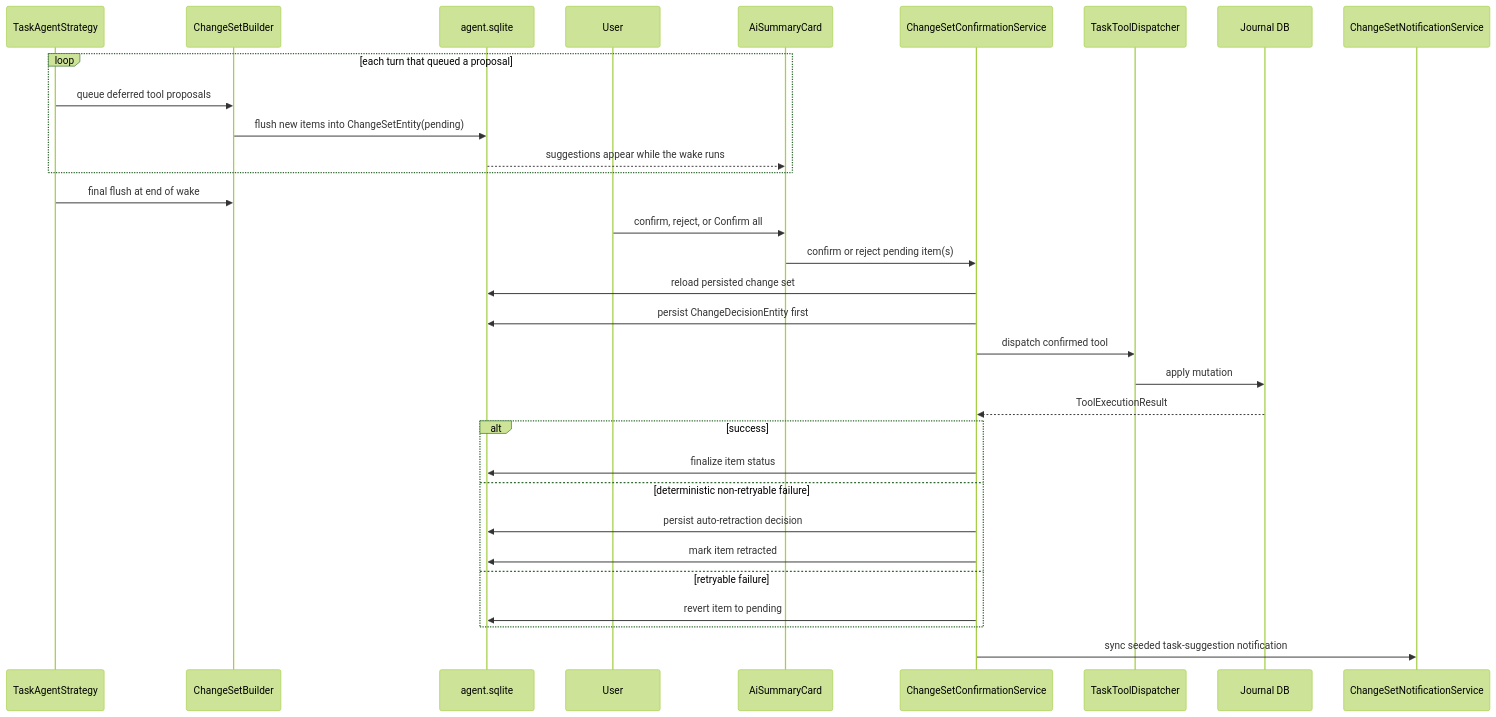
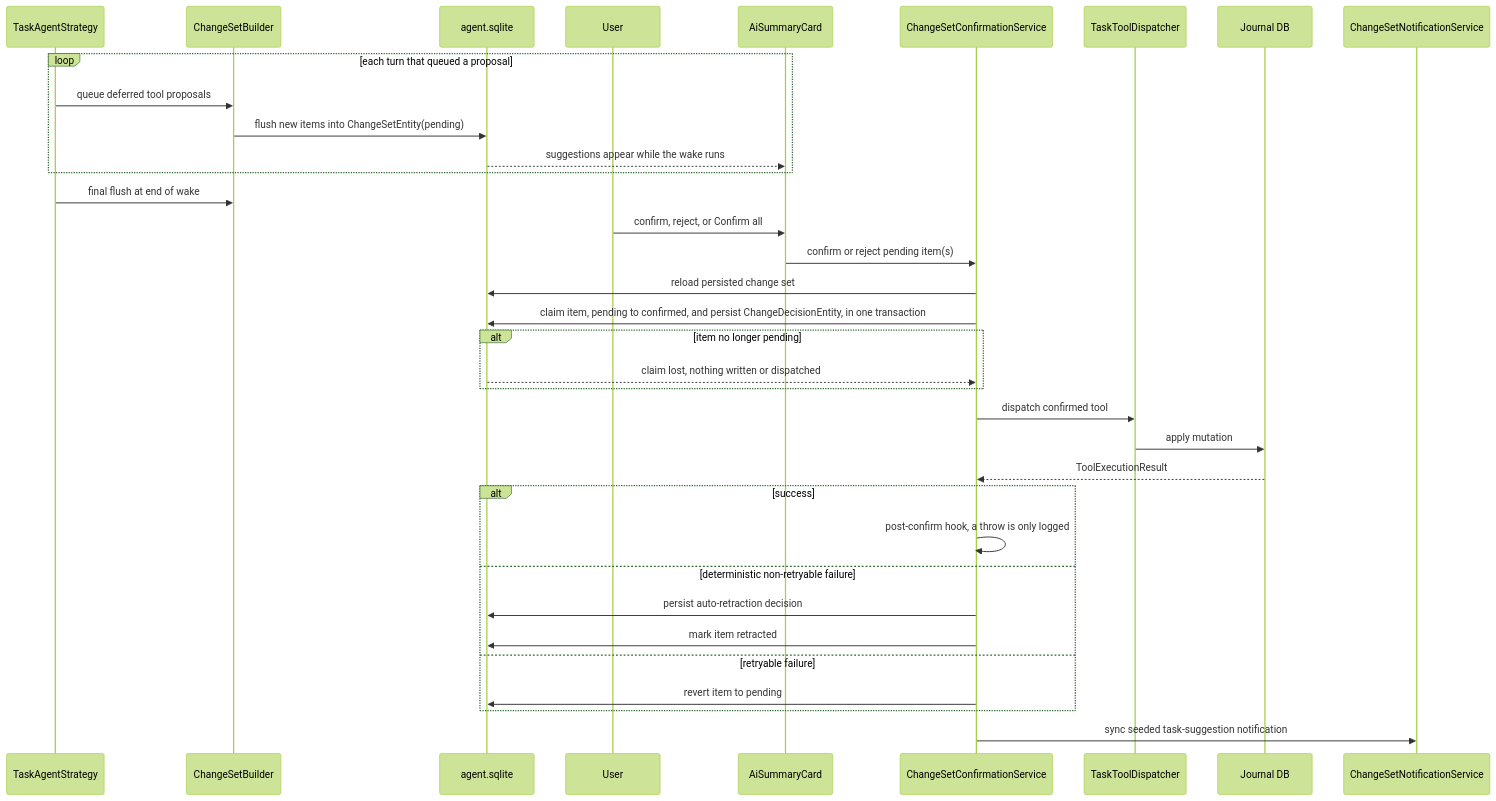
Before and after one commit to matthiasn/lotti: the seventh of 9 diagrams in knowledge/features/agents/task-agents.md, drawn with Mermaid (forest theme). The commit also changed other lines of this file and 30 other files, not shown here.

````diff
--- a/knowledge/features/agents/task-agents.md
+++ b/knowledge/features/agents/task-agents.md
@@ -934,35 +934,38 @@
 ```mermaid
 sequenceDiagram
   participant Agent as TaskAgentStrategy
   participant Builder as ChangeSetBuilder
   participant Store as agent.sqlite
   participant User as User
   participant Card as AiSummaryCard
   participant Confirm as ChangeSetConfirmationService
   participant Dispatch as TaskToolDispatcher
   participant Journal as Journal DB
   participant Inbox as ChangeSetNotificationService
 
   loop each turn that queued a proposal
     Agent->>Builder: queue deferred tool proposals
     Builder->>Store: flush new items into ChangeSetEntity(pending)
     Store-->>Card: suggestions appear while the wake runs
   end
   Agent->>Builder: final flush at end of wake
   User->>Card: confirm, reject, or Confirm all
   Card->>Confirm: confirm or reject pending item(s)
   Confirm->>Store: reload persisted change set
-  Confirm->>Store: persist ChangeDecisionEntity first
+  Confirm->>Store: claim item, pending to confirmed, and persist ChangeDecisionEntity, in one transaction
+  alt item no longer pending
+    Store-->>Confirm: claim lost, nothing written or dispatched
+  end
   Confirm->>Dispatch: dispatch confirmed tool
   Dispatch->>Journal: apply mutation
   Journal-->>Confirm: ToolExecutionResult
   alt success
-    Confirm->>Store: finalize item status
+    Confirm->>Confirm: post-confirm hook, a throw is only logged
   else deterministic non-retryable failure
     Confirm->>Store: persist auto-retraction decision
     Confirm->>Store: mark item retracted
   else retryable failure
     Confirm->>Store: revert item to pending
   end
   Confirm->>Inbox: sync seeded task-suggestion notification
 ```
````
